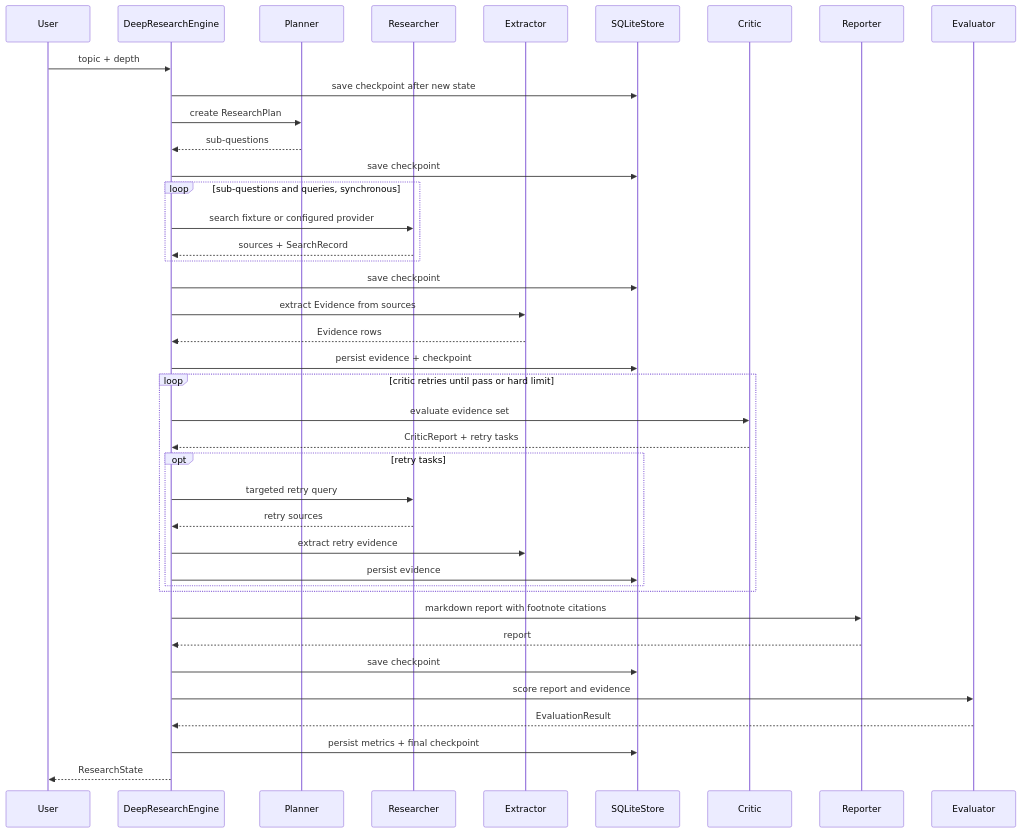
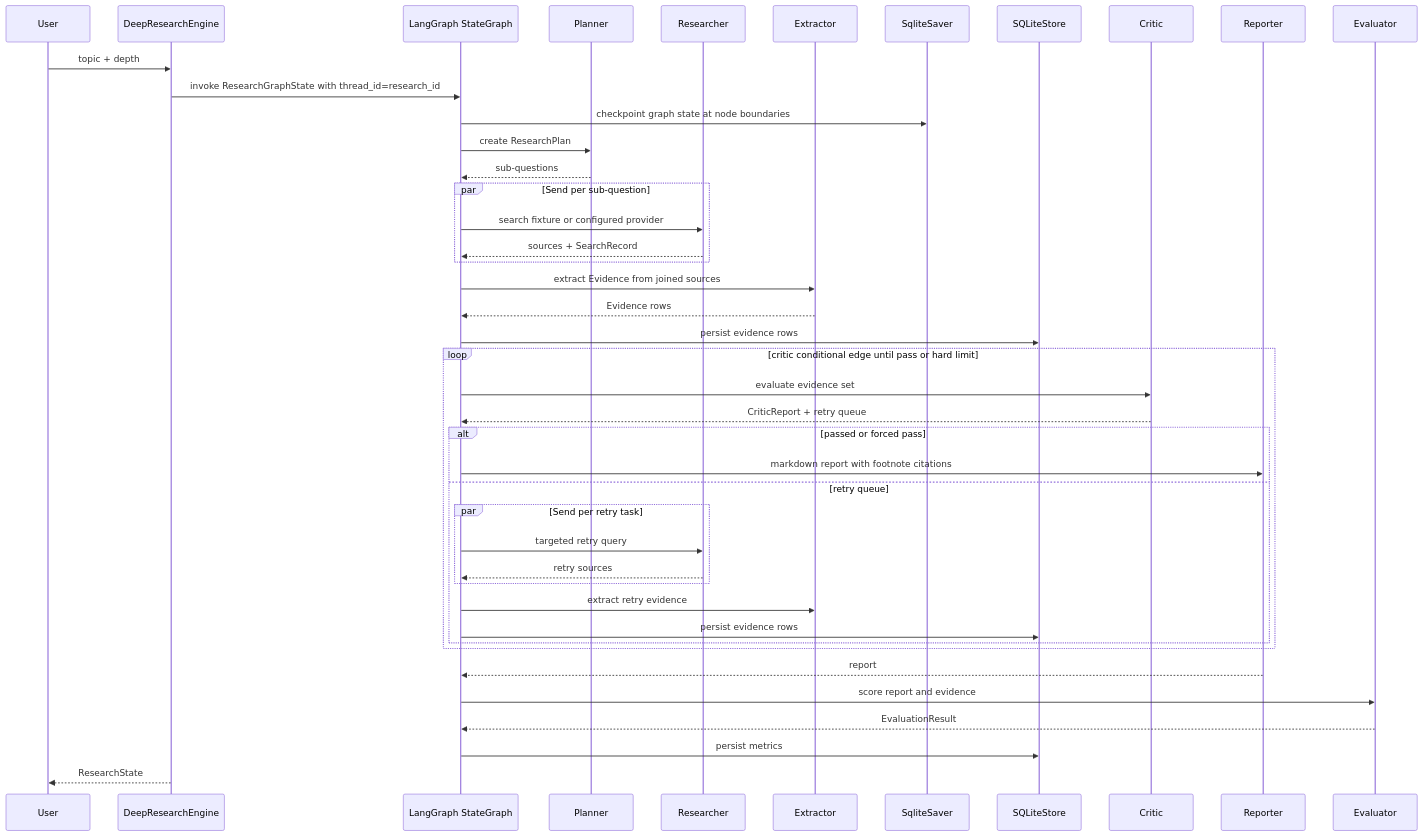
Before and after one commit to linqiaoyu/DeepResearchAgent: the diagram in docs/architecture.md, drawn with Mermaid. The commit also changed other lines of this file and 2 other files, not shown here.

Commit message:
docs: document langgraph runtime migration

````diff
--- a/docs/architecture.md
+++ b/docs/architecture.md
@@ -7,43 +7,46 @@
 ```mermaid
 sequenceDiagram
     participant User
     participant Engine as DeepResearchEngine
+    participant Graph as LangGraph StateGraph
     participant Planner
     participant Researcher
     participant Extractor
+    participant Saver as SqliteSaver
     participant Store as SQLiteStore
     participant Critic
     participant Reporter
     participant Evaluator
 
     User->>Engine: topic + depth
-    Engine->>Store: save checkpoint after new state
-    Engine->>Planner: create ResearchPlan
-    Planner-->>Engine: sub-questions
-    Engine->>Store: save checkpoint
-    loop sub-questions and queries, synchronous
-        Engine->>Researcher: search fixture or configured provider
-        Researcher-->>Engine: sources + SearchRecord
+    Engine->>Graph: invoke ResearchGraphState with thread_id=research_id
+    Graph->>Saver: checkpoint graph state at node boundaries
+    Graph->>Planner: create ResearchPlan
+    Planner-->>Graph: sub-questions
+    par Send per sub-question
+        Graph->>Researcher: search fixture or configured provider
+        Researcher-->>Graph: sources + SearchRecord
     end
-    Engine->>Store: save checkpoint
-    Engine->>Extractor: extract Evidence from sources
-    Extractor-->>Engine: Evidence rows
-    Engine->>Store: persist evidence + checkpoint
-    loop critic retries until pass or hard limit
-        Engine->>Critic: evaluate evidence set
-        Critic-->>Engine: CriticReport + retry tasks
-        opt retry tasks
-            Engine->>Researcher: targeted retry query
-            Researcher-->>Engine: retry sources
-            Engine->>Extractor: extract retry evidence
-            Engine->>Store: persist evidence
+    Graph->>Extractor: extract Evidence from joined sources
+    Extractor-->>Graph: Evidence rows
+    Graph->>Store: persist evidence rows
+    loop critic conditional edge until pass or hard limit
+        Graph->>Critic: evaluate evidence set
+        Critic-->>Graph: CriticReport + retry queue
+        alt passed or forced pass
+            Graph->>Reporter: markdown report with footnote citations
+        else retry queue
+            par Send per retry task
+                Graph->>Researcher: targeted retry query
+                Researcher-->>Graph: retry sources
+            end
+            Graph->>Extractor: extract retry evidence
+            Graph->>Store: persist evidence rows
         end
     end
-    Engine->>Reporter: markdown report with footnote citations
-    Reporter-->>Engine: report
-    Engine->>Store: save checkpoint
-    Engine->>Evaluator: score report and evidence
-    Evaluator-->>Engine: EvaluationResult
-    Engine->>Store: persist metrics + final checkpoint
+    Reporter-->>Graph: report
+    Graph->>Evaluator: score report and evidence
+    Evaluator-->>Graph: EvaluationResult
+    Graph->>Store: persist metrics
     Engine-->>User: ResearchState
 ```
````
